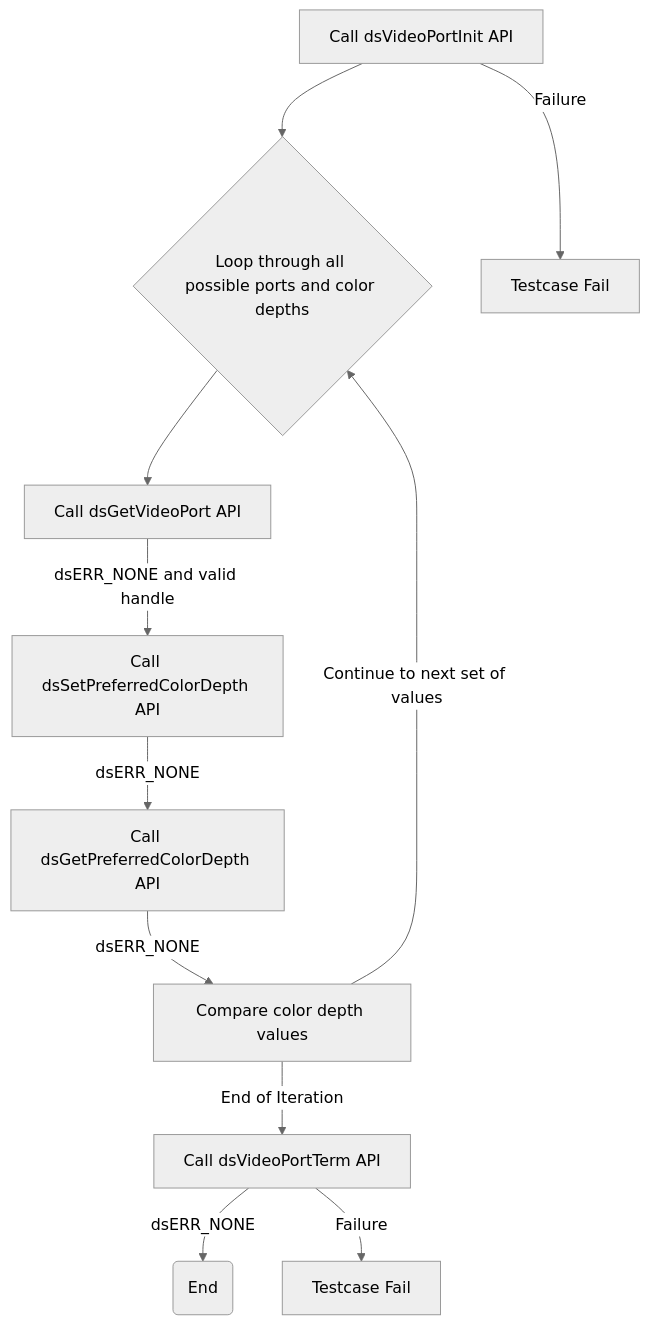
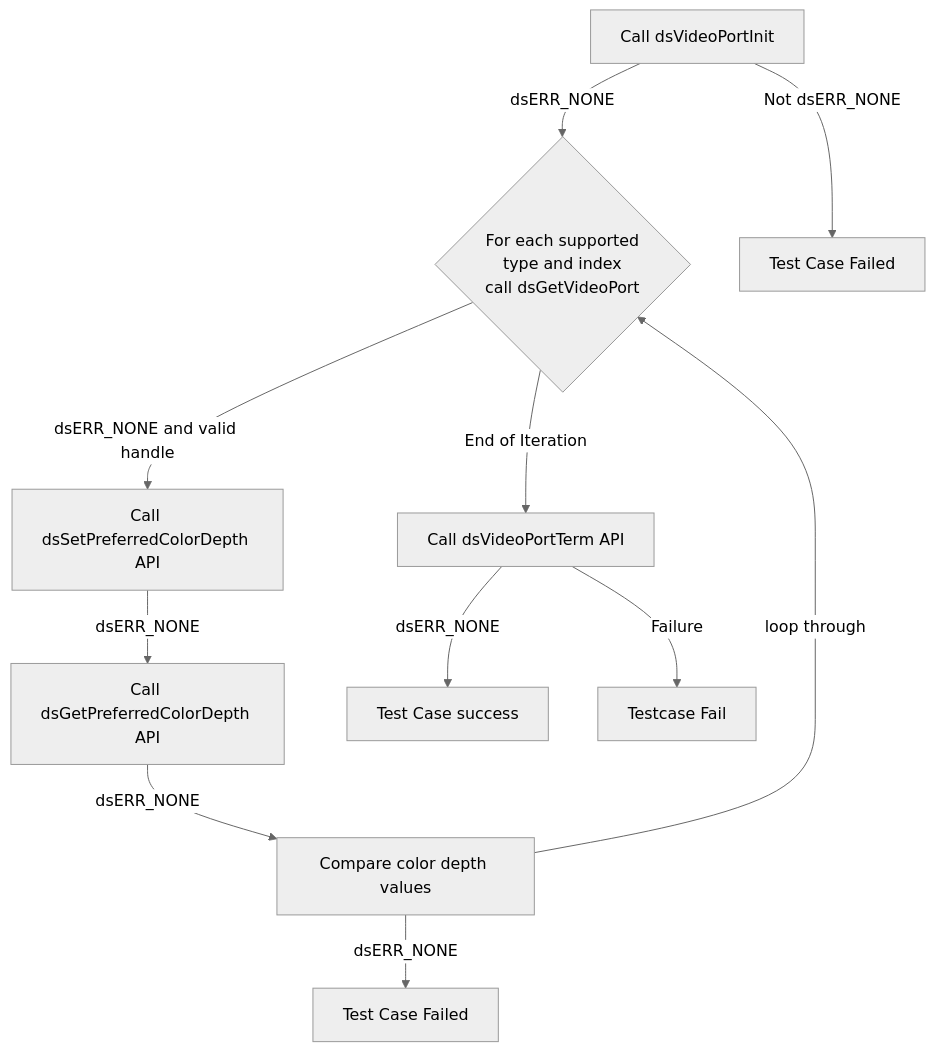
Diagram 13 of 15 in docs/pages/ds-video-port_L2_Low-Level_TestSpecification.md (rdkcentral/rdk-halif-test-device_settings), drawn with Mermaid (neutral theme) before and after one commit. The commit also changed other lines of this file and 13 other files, not shown here.

Commit message:
gh #14 Update test case and configuration

````diff
--- a/docs/pages/ds-video-port_L2_Low-Level_TestSpecification.md
+++ b/docs/pages/ds-video-port_L2_Low-Level_TestSpecification.md
@@ -573,12 +583,13 @@
 ```mermaid
 graph TB
-    Step1[Call dsVideoPortInit API]
-    Step1 --> Step{Loop through all possible ports and color depths} -->  Step2[Call dsGetVideoPort API]
-    Step1 -->|Failure|TestcaseFail1[Testcase Fail]
+    Step1[Call dsVideoPortInit] -->|dsERR_NONE| Step2{For each supported<br> type and index <br> call dsGetVideoPort}
+    Step1 -- "Not dsERR_NONE" --> Fail1[Test Case Failed]
     Step2 -->|dsERR_NONE and valid handle|Step3[Call dsSetPreferredColorDepth API]
     Step3 -->|dsERR_NONE|Step4[Call dsGetPreferredColorDepth API]
-    Step4 -->|dsERR_NONE|Step5[Compare color depth values] -->|Continue to next set of values|Step
-    Step5 -->|End of Iteration|Step7[Call dsVideoPortTerm API]
-    Step7 -->|dsERR_NONE|End(End)
+    Step4 -->|dsERR_NONE|Step5[Compare color depth values]
+    Step5 -->|loop through | Step2
+    Step5 -- "dsERR_NONE" --> Fail6[Test Case Failed]
+    Step2 -->|End of Iteration|Step7[Call dsVideoPortTerm API]
+    Step7 -->|dsERR_NONE|End[Test Case success]
     Step7 -->|Failure|TestcaseFail6[Testcase Fail]
 ```
````
